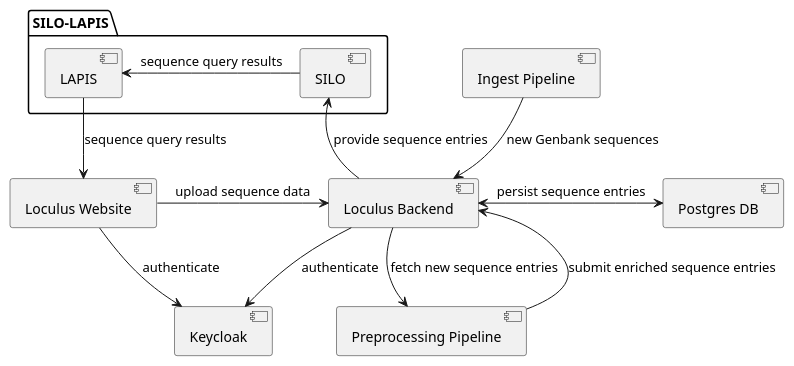
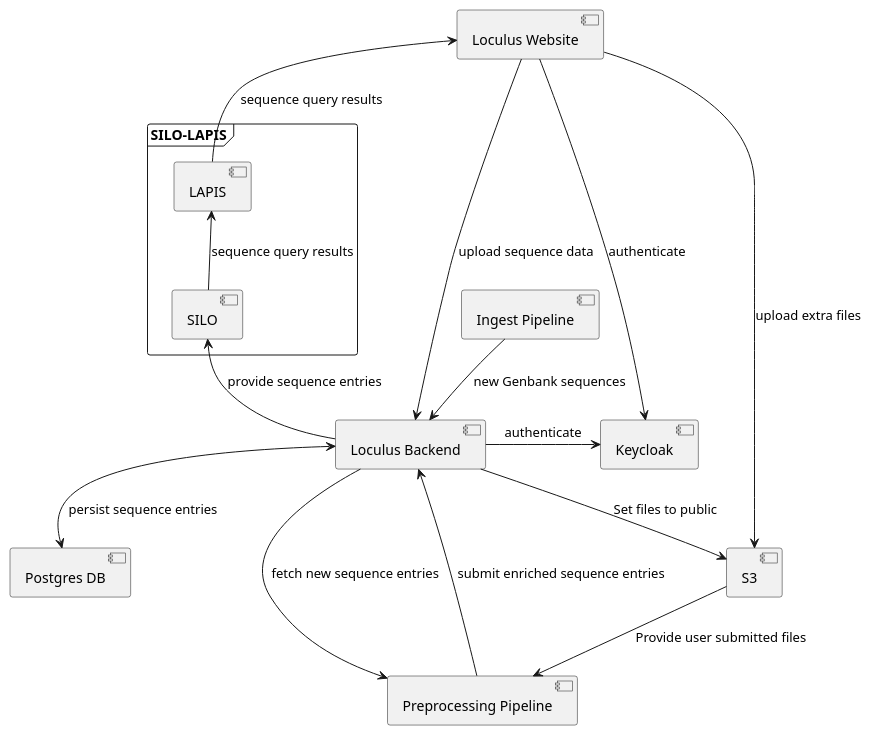
One commit to loculus-project/loculus changed the diagram in backend/docs/plantuml/architectureOverview.puml. Above: the diagram before and after it, drawn with PlantUML. The commit also changed 1 other file, not shown here.

Commit message:
Update diagram

```diff
--- a/backend/docs/plantuml/architectureOverview.puml
+++ b/backend/docs/plantuml/architectureOverview.puml
@@ -1,30 +1,36 @@
 @startuml
 
-folder SILO-LAPIS {
+component "Loculus Website" as Website
+component "Ingest Pipeline" as Ingest
+component "Loculus Backend" as Backend
+
+component "Postgres DB" as Postgres
+component S3
+
+component "Preprocessing Pipeline" as Preprocessing
+
+component Keycloak
+
+frame SILO-LAPIS {
     component SILO
     component LAPIS
 }
 
-component "Loculus Website" as Website
-component "Loculus Backend" as Backend
-component "Postgres DB" as Postgres
+Website --> Keycloak : authenticate
+Backend -right-> Keycloak : authenticate
 
-component "Preprocessing Pipeline" as Preprocessing
-component "Ingest Pipeline" as Ingest
-
-component Keycloak
-
-Website --> Keycloak : authenticate
-Backend --> Keycloak : authenticate
-
-Website -> Backend : upload sequence data
-Backend <-> Postgres : persist sequence entries
+Website -down-> Backend : upload sequence data
+Backend <-down-> Postgres : persist sequence entries
 Backend --> Preprocessing : fetch new sequence entries
 Backend <-- Preprocessing : submit enriched sequence entries
-Ingest --> Backend : new Genbank sequences
+Ingest -down-> Backend : new Genbank sequences
 
 SILO <-- Backend : provide sequence entries
-LAPIS --> Website : sequence query results
-LAPIS <- SILO : sequence query results
+LAPIS -up-> Website : sequence query results
+LAPIS <-down- SILO : sequence query results
+
+Website -> S3: upload extra files
+Backend -down-> S3: Set files to public
+S3 -down-> Preprocessing: Provide user submitted files
 
 @enduml
```
